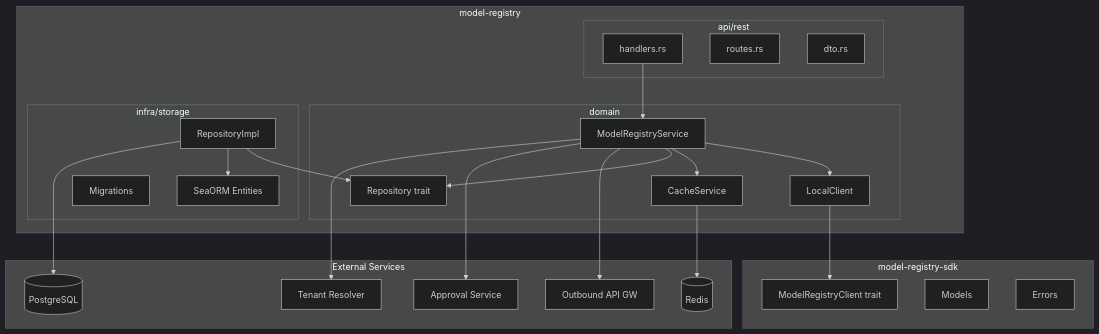
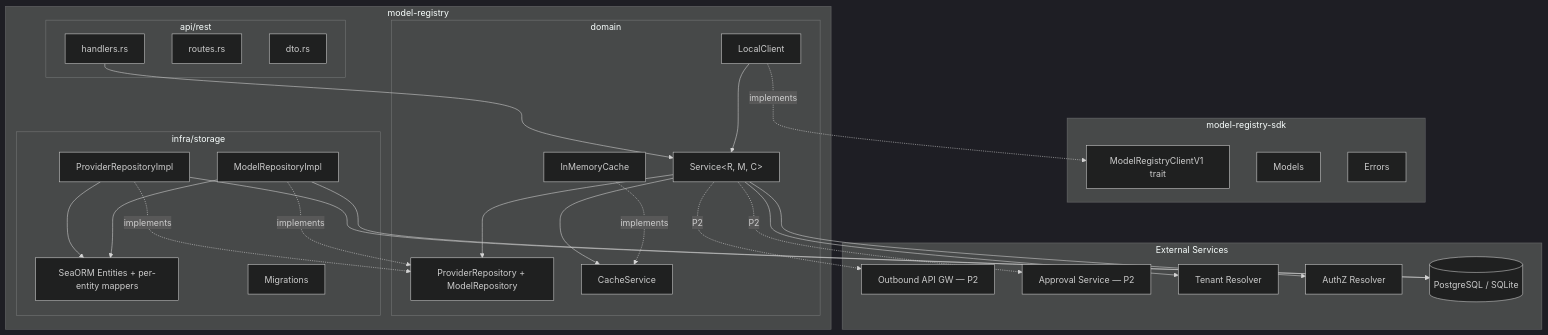
Before and after one commit to constructorfabric/gears-rust: the second of 9 diagrams in gears/model-registry/docs/DESIGN.md, drawn with Mermaid (dark theme). The commit also changed other lines of this file and 2 other files, not shown here.

Commit message:
docs(model-registry): Update PRD and DESIGN docs

````diff
--- a/gears/model-registry/docs/DESIGN.md
+++ b/gears/model-registry/docs/DESIGN.md
@@ -497,50 +561,56 @@
 ```mermaid
 graph TB
     subgraph SDK["model-registry-sdk"]
-        TRAIT[ModelRegistryClient trait]
+        TRAIT[ModelRegistryClientV1 trait]
         MODELS[Models]
         ERRORS[Errors]
     end
 
     subgraph Gear["model-registry"]
         subgraph API["api/rest"]
             HANDLERS[handlers.rs]
             ROUTES[routes.rs]
             DTOS[dto.rs]
         end
 
         subgraph Domain["domain"]
-            SERVICE[ModelRegistryService]
+            SERVICE[Service&lt;R, M, C&gt;]
             LOCAL[LocalClient]
-            REPO_TRAIT[Repository trait]
+            REPO_TRAIT[ProviderRepository + ModelRepository]
             CACHE_SVC[CacheService]
+            MEMCACHE[InMemoryCache]
         end
 
         subgraph Infra["infra/storage"]
-            REPO_IMPL[RepositoryImpl]
-            ENTITIES[SeaORM Entities]
+            PROV_IMPL[ProviderRepositoryImpl]
+            MODEL_IMPL[ModelRepositoryImpl]
+            ENTITIES[SeaORM Entities + per-entity mappers]
             MIGRATIONS[Migrations]
         end
     end
 
     subgraph External["External Services"]
-        OAGW[Outbound API GW]
-        APPROVAL[Approval Service]
+        OAGW[Outbound API GW — P2]
+        APPROVAL[Approval Service — P2]
         TENANT[Tenant Resolver]
-        REDIS[(Redis)]
-        PG[(PostgreSQL)]
+        AUTHZ[AuthZ Resolver]
+        PG[(PostgreSQL / SQLite)]
     end
 
     HANDLERS --> SERVICE
-    SERVICE --> LOCAL
-    LOCAL --> TRAIT
+    LOCAL --> SERVICE
+    LOCAL -.implements.-> TRAIT
     SERVICE --> CACHE_SVC
     SERVICE --> REPO_TRAIT
-    REPO_IMPL --> REPO_TRAIT
-    REPO_IMPL --> ENTITIES
-    CACHE_SVC --> REDIS
-    REPO_IMPL --> PG
-    SERVICE --> OAGW
-    SERVICE --> APPROVAL
+    MEMCACHE -.implements.-> CACHE_SVC
+    PROV_IMPL -.implements.-> REPO_TRAIT
+    MODEL_IMPL -.implements.-> REPO_TRAIT
+    PROV_IMPL --> ENTITIES
+    MODEL_IMPL --> ENTITIES
+    PROV_IMPL --> PG
+    MODEL_IMPL --> PG
     SERVICE --> TENANT
+    SERVICE --> AUTHZ
+    SERVICE -.P2.-> OAGW
+    SERVICE -.P2.-> APPROVAL
 ```
````
